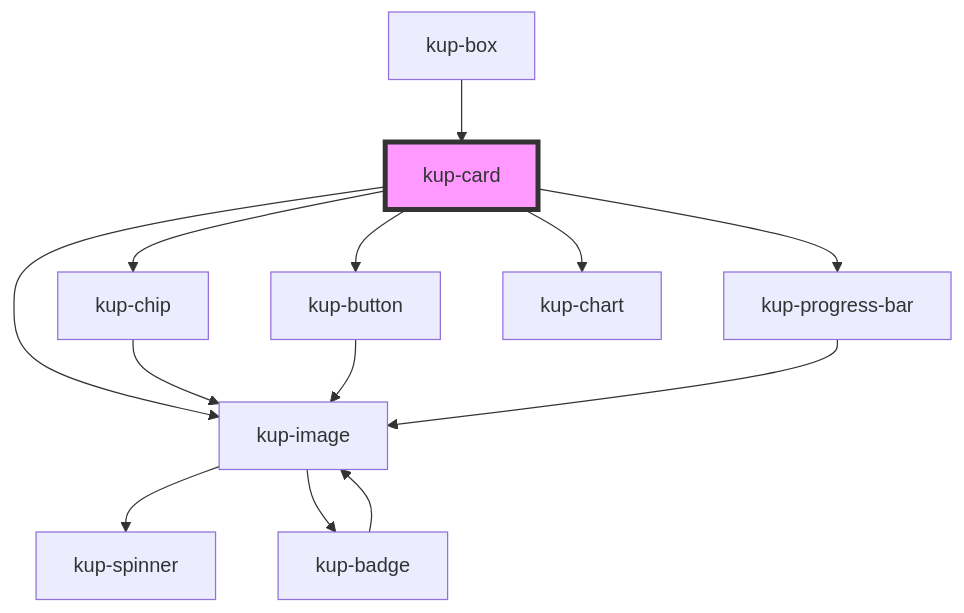
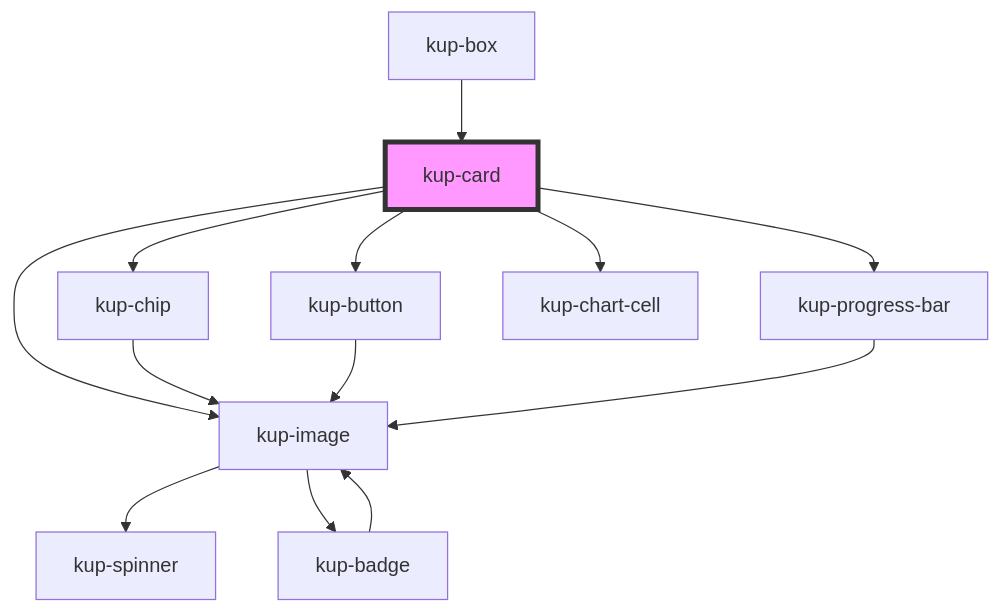
Before and after one commit to smeup/ketchup: the diagram in packages/ketchup/src/components/kup-card/readme.md, drawn with Mermaid. The commit also changed other lines of this file and 6 other files, not shown here.

Commit message:
[temp] Swapped kup-chart with kup-chart-cell in card layout 9-10 .

````diff
--- a/packages/ketchup/src/components/kup-card/readme.md
+++ b/packages/ketchup/src/components/kup-card/readme.md
@@ -45,16 +45,16 @@
 ```mermaid
 graph TD;
   kup-card --> kup-image
   kup-card --> kup-chip
   kup-card --> kup-button
   kup-card --> kup-progress-bar
-  kup-card --> kup-chart
+  kup-card --> kup-chart-cell
   kup-image --> kup-spinner
   kup-image --> kup-badge
   kup-badge --> kup-image
   kup-chip --> kup-image
   kup-button --> kup-image
   kup-progress-bar --> kup-image
   kup-box --> kup-card
   style kup-card fill:#f9f,stroke:#333,stroke-width:4px
 ```
````
